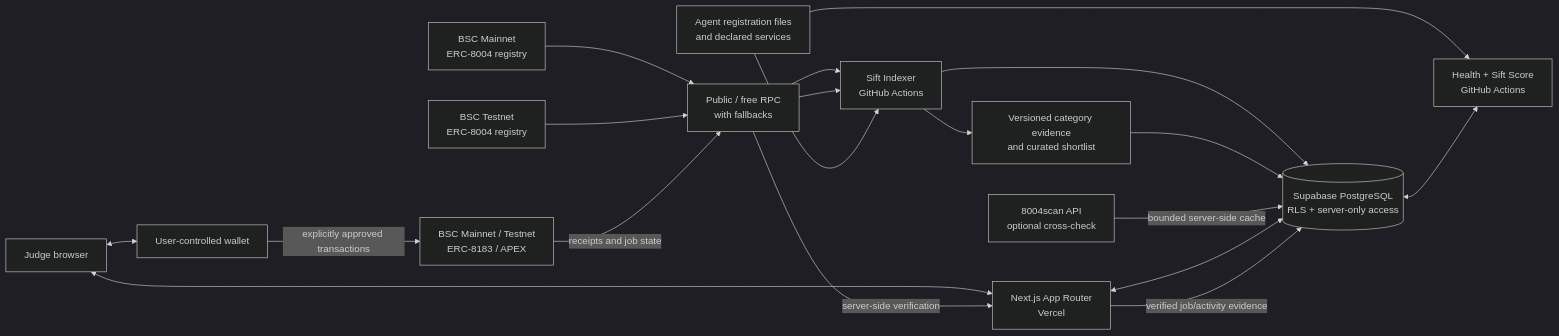
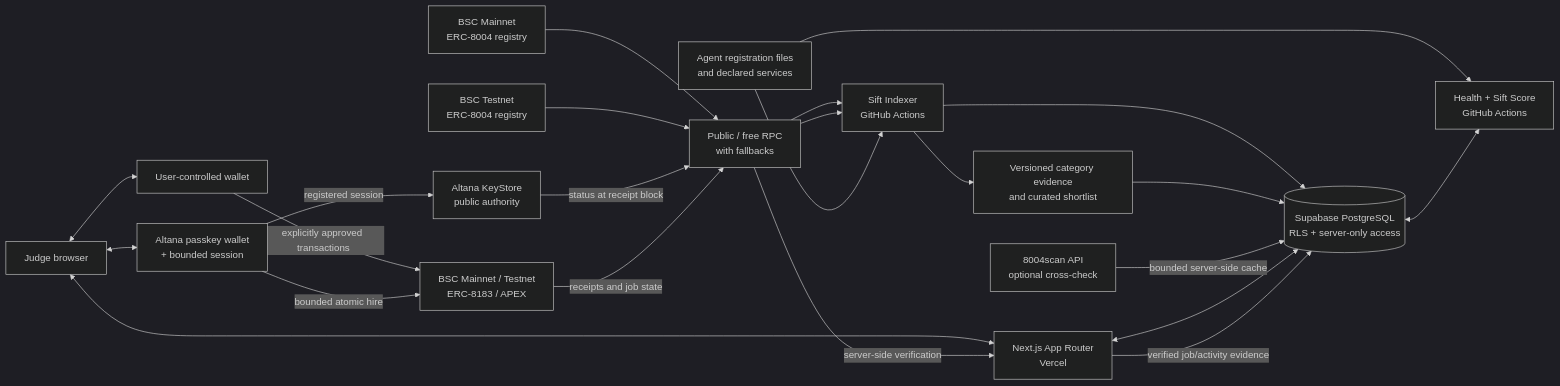
One commit to taiwo-the-dev/sift changed the diagram in docs/architecture.md. Above: the diagram before and after it, drawn with Mermaid (dark theme). The commit also changed other lines of this file and 35 other files, not shown here.

````diff
--- a/docs/architecture.md
+++ b/docs/architecture.md
@@ -7,32 +7,38 @@
 ```mermaid
 flowchart LR
   mainnet["BSC Mainnet\nERC-8004 registry"]
   testnet["BSC Testnet\nERC-8004 registry"]
   rpc["Public / free RPC\nwith fallbacks"]
   metadata["Agent registration files\nand declared services"]
   indexer["Sift Indexer\nGitHub Actions"]
   taxonomy["Versioned category evidence\nand curated shortlist"]
   scan["8004scan API\noptional cross-check"]
   assessment["Health + Sift Score\nGitHub Actions"]
   db[("Supabase PostgreSQL\nRLS + server-only access")]
   app["Next.js App Router\nVercel"]
   browser["Judge browser"]
   wallet["User-controlled wallet"]
+  altana["Altana passkey wallet\n+ bounded session"]
+  keystore["Altana KeyStore\npublic authority"]
   apex["BSC Mainnet / Testnet\nERC-8183 / APEX"]
 
   mainnet --> rpc --> indexer
   testnet --> rpc --> indexer
   metadata --> indexer
   indexer --> db
   indexer --> taxonomy --> db
   scan -->|"bounded server-side cache"| db
   metadata --> assessment
   db <--> assessment
   browser <--> app
   app <--> db
   browser <--> wallet
   wallet -->|"explicitly approved transactions"| apex
+  browser <--> altana
+  altana -->|"registered session"| keystore
+  altana -->|"bounded atomic hire"| apex
+  keystore -->|"status at receipt block"| rpc
   apex -->|"receipts and job state"| rpc
   rpc -->|"server-side verification"| app
   app -->|"verified job/activity evidence"| db
 ```
````
